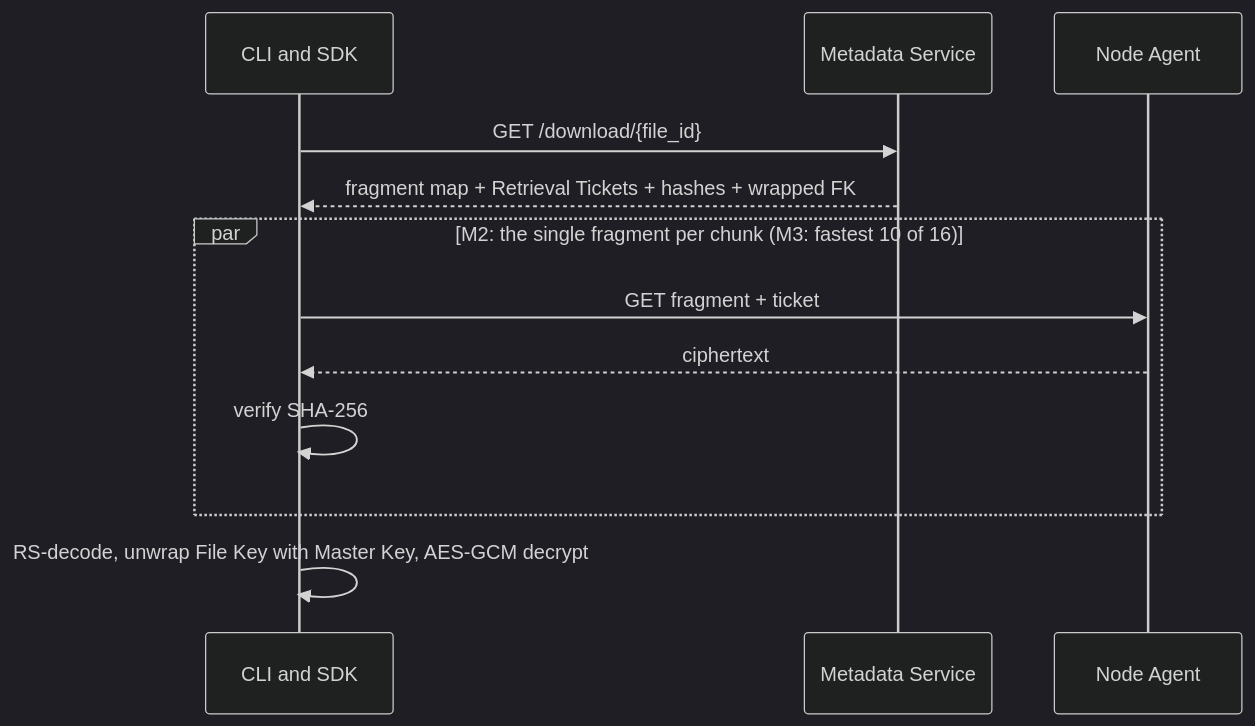
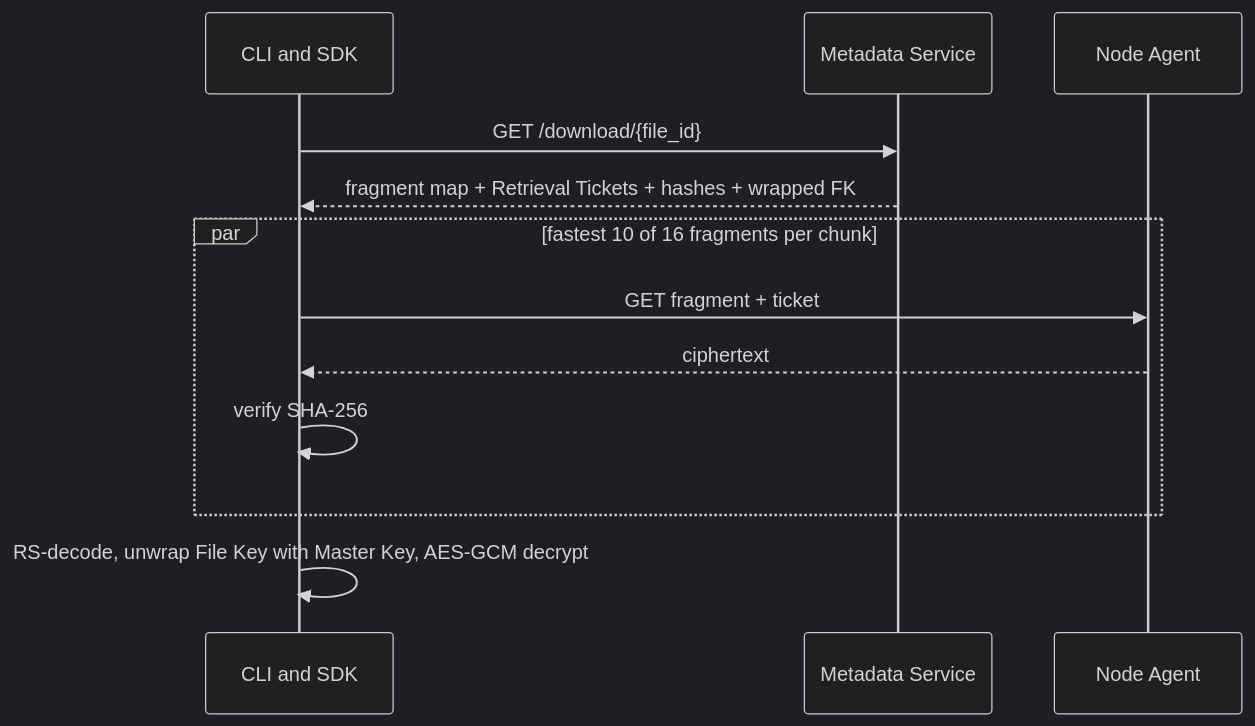
Before and after one commit to Rramka/distributed-storage-platform: the diagram in knowledge-base/Flows/Download Flow.md, drawn with Mermaid (dark theme). The commit also changed 39 other files, not shown here.

````diff
--- a/knowledge-base/Flows/Download Flow.md
+++ b/knowledge-base/Flows/Download Flow.md
@@ -11,15 +11,15 @@
 ```mermaid
 sequenceDiagram
     participant C as CLI and SDK
     participant MS as Metadata Service
     participant N as Node Agent
 
     C->>MS: GET /download/{file_id}
     MS-->>C: fragment map + Retrieval Tickets + hashes + wrapped FK
-    par M2: the single fragment per chunk (M3: fastest 10 of 16)
+    par fastest 10 of 16 fragments per chunk
         C->>N: GET fragment + ticket
         N-->>C: ciphertext
         C->>C: verify SHA-256
     end
     C->>C: RS-decode, unwrap File Key with Master Key, AES-GCM decrypt
 ```
````
